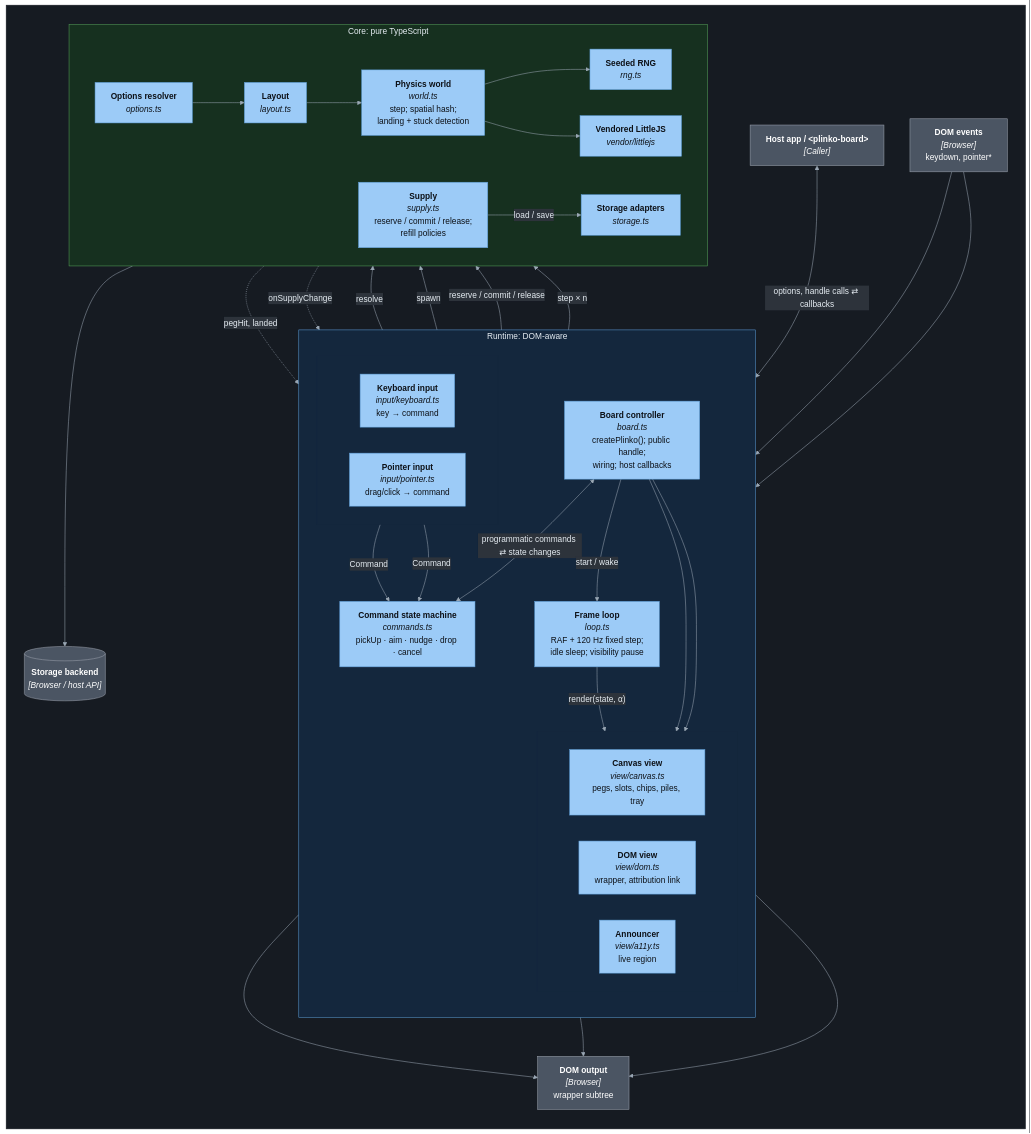
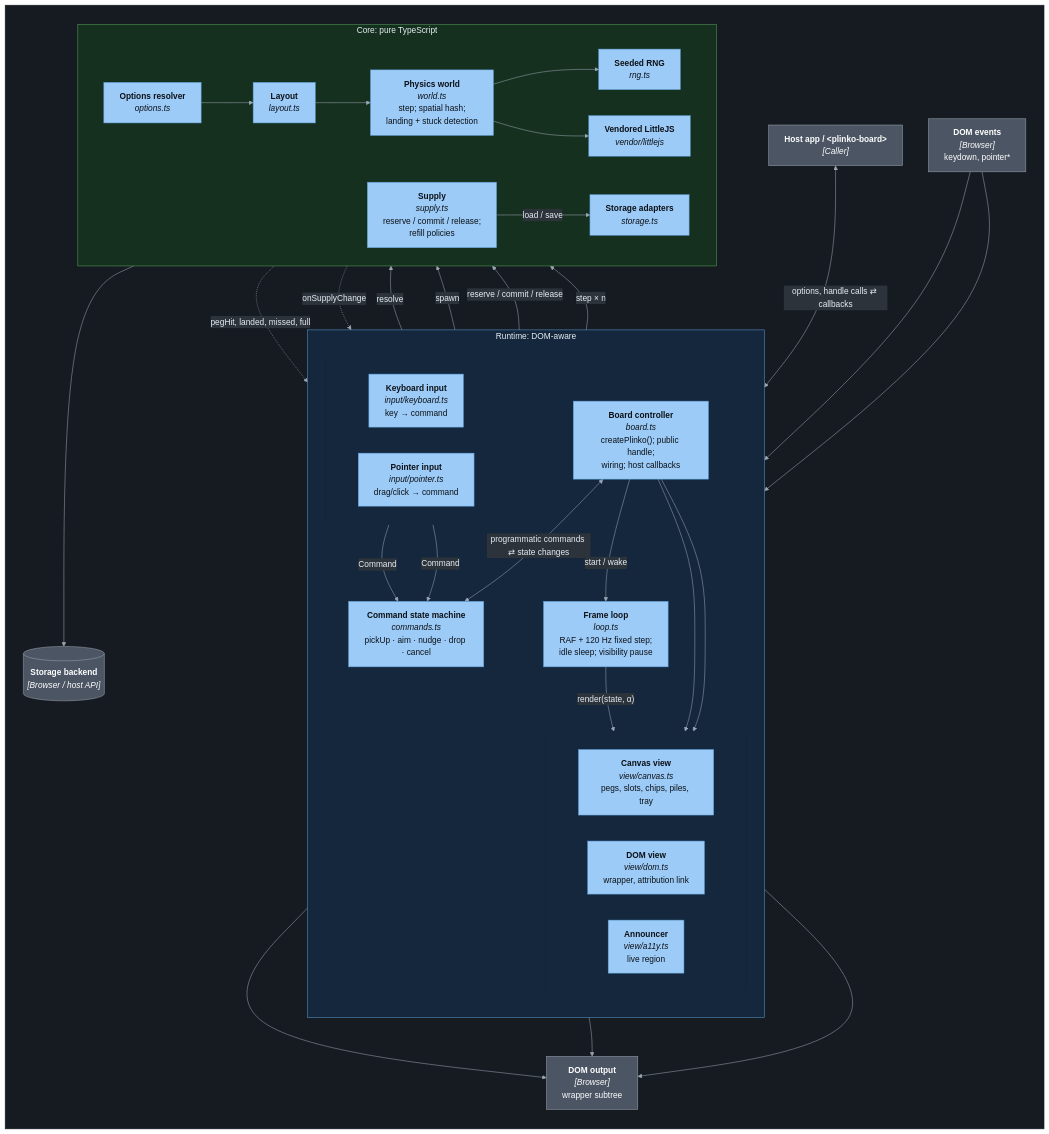
One commit to alanbickel/plinko-config changed the third of 10 diagrams in docs/ARCHITECTURE.md. Above: the diagram before and after it, drawn with Mermaid. The commit also changed other lines of this file and 14 other files, not shown here.

````diff
--- a/docs/ARCHITECTURE.md
+++ b/docs/ARCHITECTURE.md
@@ -123,77 +123,77 @@
 ```mermaid
 %%{init: {"theme":"base","themeVariables":{"lineColor":"#9aa7b4","textColor":"#e6edf3","primaryTextColor":"#e6edf3","edgeLabelBackground":"#2d333b","clusterBkg":"#161b22","clusterBorder":"#30363d","titleColor":"#e6edf3"}}}%%
 flowchart TB
     subgraph canvas[" "]
         direction TB
 
 
         hostApp["<b>Host app / &lt;plinko-board&gt;</b><br/><i>[Caller]</i>"]:::external
         domIn["<b>DOM events</b><br/><i>[Browser]</i><br/>keydown, pointer*"]:::external
 
         subgraph runtime["Runtime: DOM-aware"]
             direction TB
             subgraph inputs[" "]
                 direction LR
                 kb["<b>Keyboard input</b><br/><i>input/keyboard.ts</i><br/>key → command"]:::comp
                 ptr["<b>Pointer input</b><br/><i>input/pointer.ts</i><br/>drag/click → command"]:::comp
             end
             cmds["<b>Command state machine</b><br/><i>commands.ts</i><br/>pickUp · aim · nudge · drop · cancel"]:::comp
             board["<b>Board controller</b><br/><i>board.ts</i><br/>createPlinko(); public handle;<br/>wiring; host callbacks"]:::comp
             loop["<b>Frame loop</b><br/><i>loop.ts</i><br/>RAF + 120 Hz fixed step;<br/>idle sleep; visibility pause"]:::comp
             subgraph views[" "]
                 direction LR
                 canvasView["<b>Canvas view</b><br/><i>view/canvas.ts</i><br/>pegs, slots, chips, piles, tray"]:::comp
                 domView["<b>DOM view</b><br/><i>view/dom.ts</i><br/>wrapper, attribution link"]:::comp
                 a11y["<b>Announcer</b><br/><i>view/a11y.ts</i><br/>live region"]:::comp
             end
         end
 
         domOut["<b>DOM output</b><br/><i>[Browser]</i><br/>wrapper subtree"]:::external
 
         subgraph core["Core: pure TypeScript"]
             direction LR
             opts["<b>Options resolver</b><br/><i>options.ts</i>"]:::comp
             layout["<b>Layout</b><br/><i>layout.ts</i>"]:::comp
             world["<b>Physics world</b><br/><i>world.ts</i><br/>step; spatial hash;<br/>landing + stuck detection"]:::comp
             rng["<b>Seeded RNG</b><br/><i>rng.ts</i>"]:::comp
             vendor["<b>Vendored LittleJS</b><br/><i>vendor/littlejs</i>"]:::comp
             supply["<b>Supply</b><br/><i>supply.ts</i><br/>reserve / commit / release;<br/>refill policies"]:::comp
             storage["<b>Storage adapters</b><br/><i>storage.ts</i>"]:::comp
         end
 
         storeExt[("<b>Storage backend</b><br/><i>[Browser / host API]</i>")]:::external
 
         hostApp <-- "options, handle calls ⇄ callbacks" --> board
         domIn --> kb
         domIn --> ptr
         kb -- "Command" --> cmds
         ptr -- "Command" --> cmds
         board <-- "programmatic commands ⇄ state changes" --> cmds
         board -- "start / wake" --> loop
         board --> domView
         board --> a11y
         loop -- "render(state, α)" --> canvasView
         canvasView --> domOut
         domView --> domOut
         a11y --> domOut
 
         board -- "resolve" --> opts
         opts --> layout --> world
         cmds -- "spawn" --> world
         cmds -- "reserve / commit / release" --> supply
         loop -- "step × n" --> world
-        world -. "pegHit, landed" .-> board
+        world -. "pegHit, landed, missed, full" .-> board
         supply -. "onSupplyChange" .-> board
         world --> rng
         world --> vendor
         supply -- "load / save" --> storage --> storeExt
     end
 
     classDef comp fill:#9ccbf7,stroke:#5b9bd5,color:#0d1117
     classDef external fill:#4b5563,stroke:#9ca3af,color:#ffffff
     style canvas fill:#161b22,stroke:#161b22
     style runtime fill:#14273d,stroke:#5b9bd5,color:#e6edf3
     style core fill:#16301f,stroke:#56a35a,color:#e6edf3
     style inputs fill:#14273d,stroke:#14273d
     style views fill:#14273d,stroke:#14273d
 ```
````
